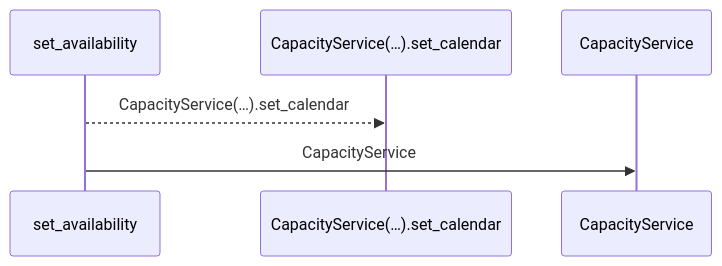
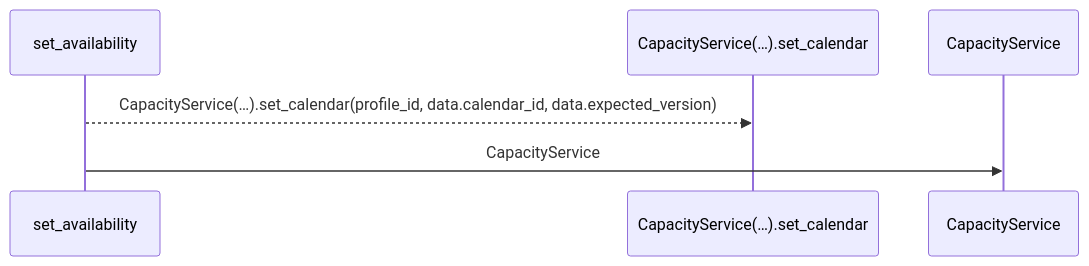
The first of 2 diagrams in docs/llm_wiki/flows/http-set_availability.md (Denissvgn/WorkChord), drawn with Mermaid before and after one commit. The commit also changed other lines of this file and 25171 other files, not shown here.

````diff
--- a/docs/llm_wiki/flows/http-set_availability.md
+++ b/docs/llm_wiki/flows/http-set_availability.md
@@ -10,8 +12,8 @@
 ```mermaid
 sequenceDiagram
     participant p0 as set_availability
     participant p1 as CapacityService(…).set_calendar
     participant p2 as CapacityService
-    p0-->>p1: CapacityService(…).set_calendar
+    p0-->>p1: CapacityService(…).set_calendar(profile_id, data.calendar_id, data.expected_version)
     p0->>p2: CapacityService
 ```
````
